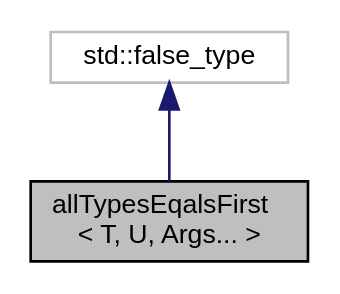
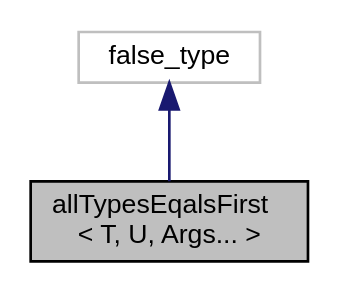
One commit to Rejdok/OTUSFourthTask changed the diagram in structall_types_eqals_first_3_01_t_00_01_u_00_01_args_8_8_8_01_4__inherit__graph.dot. Above: the diagram before and after it, drawn with Graphviz. The commit also changed 38 other files, not shown here.

```diff
--- a/structall_types_eqals_first_3_01_t_00_01_u_00_01_args_8_8_8_01_4__inherit__graph.dot
+++ b/structall_types_eqals_first_3_01_t_00_01_u_00_01_args_8_8_8_01_4__inherit__graph.dot
@@ -1,8 +1,8 @@
 digraph "allTypesEqalsFirst&lt; T, U, Args... &gt;"
 {
   edge [fontname="Helvetica",fontsize="10",labelfontname="Helvetica",labelfontsize="10"];
   node [fontname="Helvetica",fontsize="10",shape=record];
   Node1 [label="allTypesEqalsFirst\l\< T, U, Args... \>",height=0.2,width=0.4,color="black", fillcolor="grey75", style="filled", fontcolor="black"];
   Node2 -> Node1 [dir="back",color="midnightblue",fontsize="10",style="solid",fontname="Helvetica"];
-  Node2 [label="std::false_type",height=0.2,width=0.4,color="grey75", fillcolor="white", style="filled"];
+  Node2 [label="false_type",height=0.2,width=0.4,color="grey75", fillcolor="white", style="filled"];
 }
```
